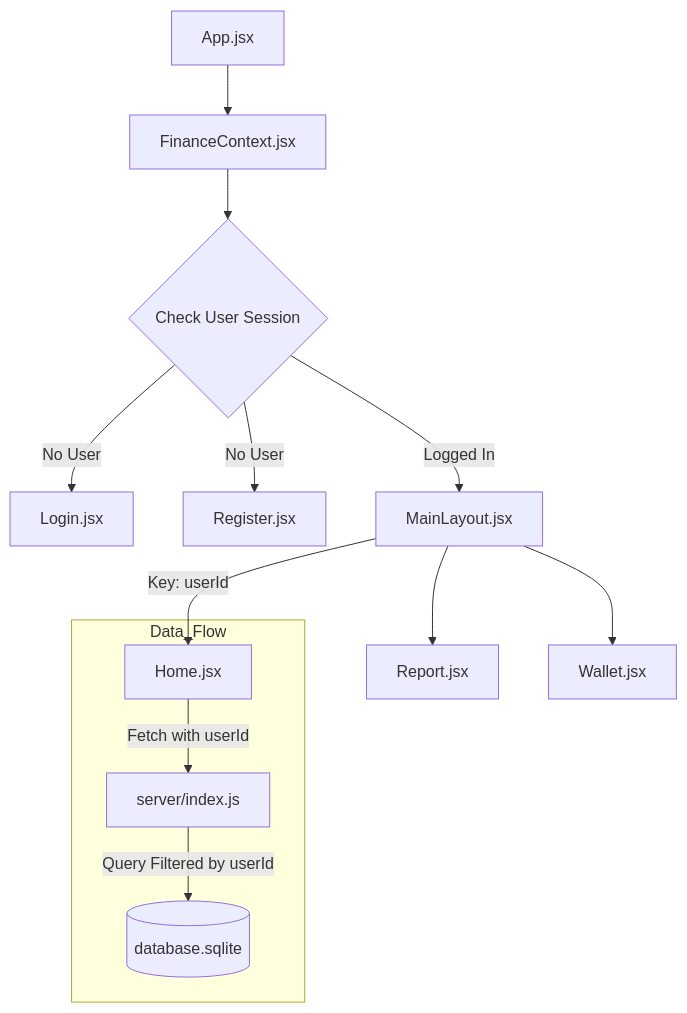
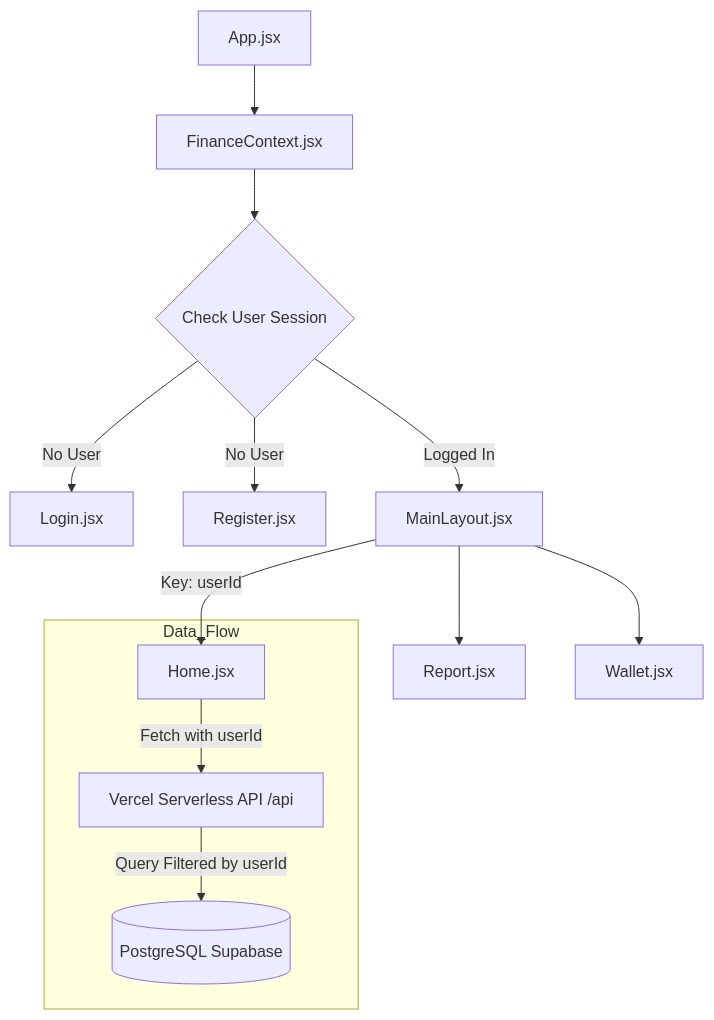
One commit to hizkiaa13/teradotcom changed the diagram in NOTE_PROGRAM.md. Above: the diagram before and after it, drawn with Mermaid. The commit also changed other lines of this file and 2 other files, not shown here.

Commit message:
Update reports and notes to reflect PostgreSQL migration and Vercel serverless deployment

````diff
--- a/NOTE_PROGRAM.md
+++ b/NOTE_PROGRAM.md
@@ -52,18 +52,18 @@
 ```mermaid
 graph TD
     App[App.jsx] --> FinanceProvider[FinanceContext.jsx]
     FinanceProvider --> AuthCheck{Check User Session}
     
     AuthCheck -- "No User" --> Login[Login.jsx]
     AuthCheck -- "No User" --> Register[Register.jsx]
     
     AuthCheck -- "Logged In" --> MainLayout[MainLayout.jsx]
     MainLayout -- "Key: userId" --> Dashboard[Home.jsx]
     MainLayout --> Report[Report.jsx]
     MainLayout --> Wallet[Wallet.jsx]
     
     subgraph Data_Flow
-        Dashboard -- "Fetch with userId" --> Backend[server/index.js]
-        Backend -- "Query Filtered by userId" --> DB[(database.sqlite)]
+        Dashboard -- "Fetch with userId" --> Backend[Vercel Serverless API /api]
+        Backend -- "Query Filtered by userId" --> DB[(PostgreSQL Supabase)]
     end
 ```
````
